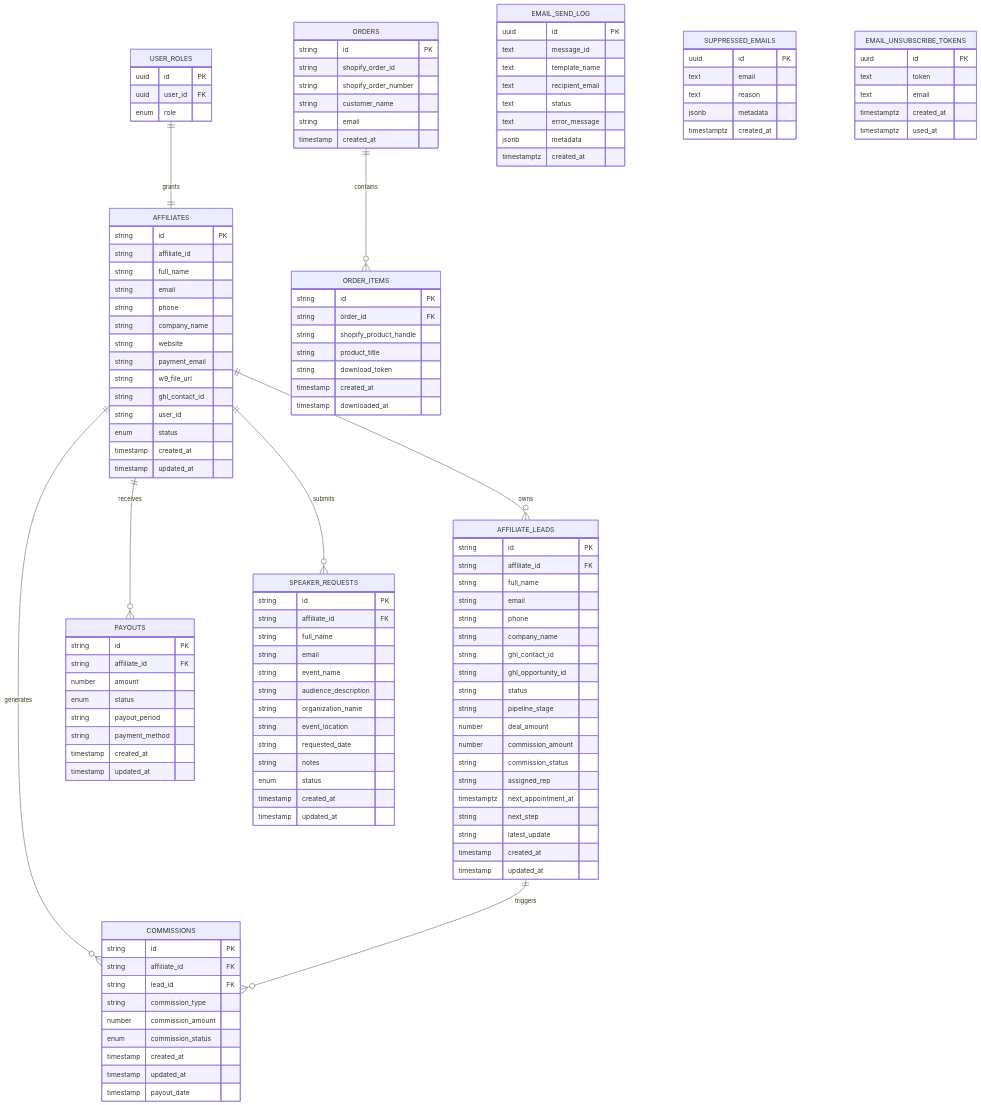
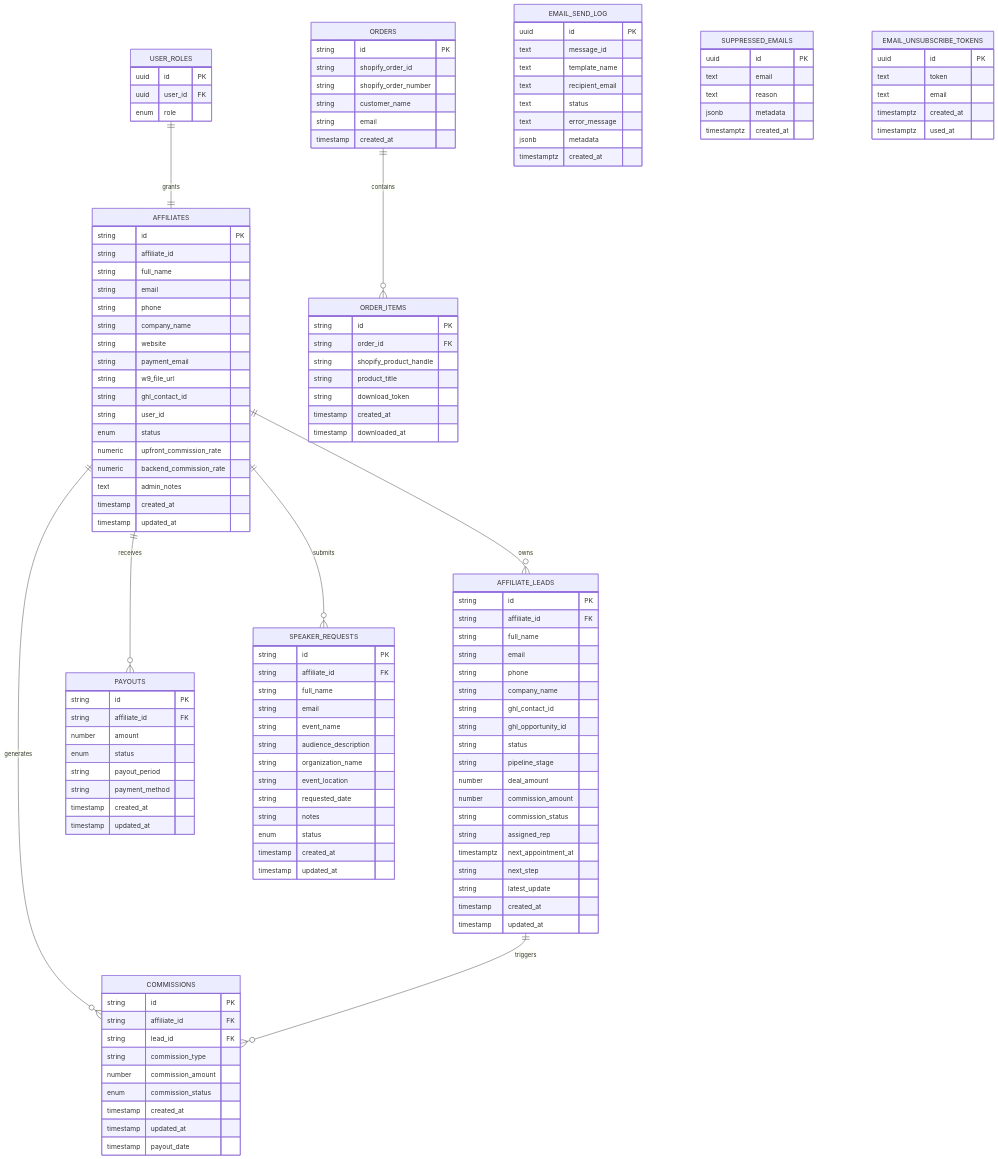
The sixth of 13 diagrams in .qoder/repowiki/en/content/Data Layer & Supabase Integration.md (Hawky1/ryland), drawn with Mermaid before and after one commit. The commit also changed other lines of this file and 15 other files, not shown here.

```diff
--- a/.qoder/repowiki/en/content/Data Layer & Supabase Integration.md
+++ b/.qoder/repowiki/en/content/Data Layer & Supabase Integration.md
@@ -410,6 +433,9 @@
 string ghl_contact_id
 string user_id
 enum status
+numeric upfront_commission_rate
+numeric backend_commission_rate
+text admin_notes
 timestamp created_at
 timestamp updated_at
 }
```
